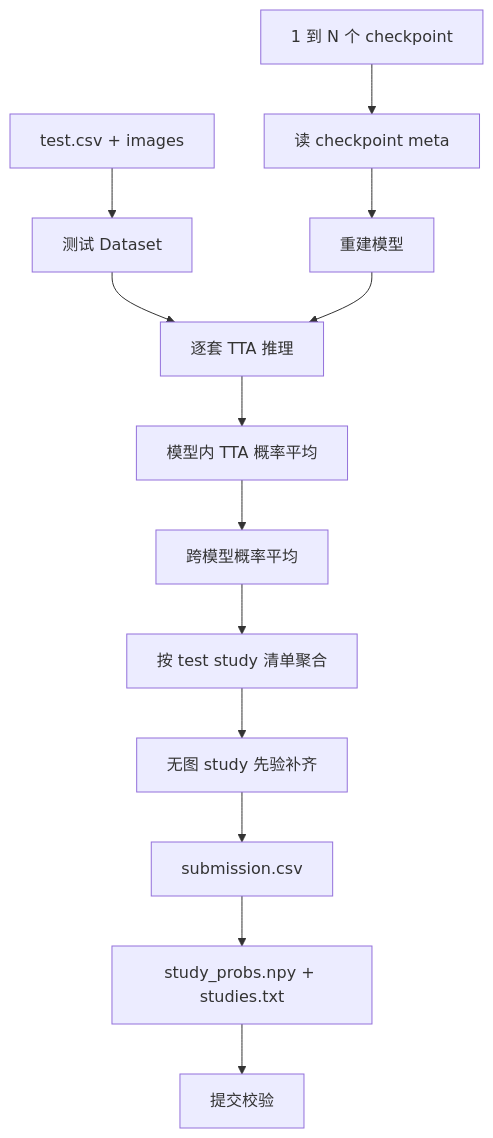
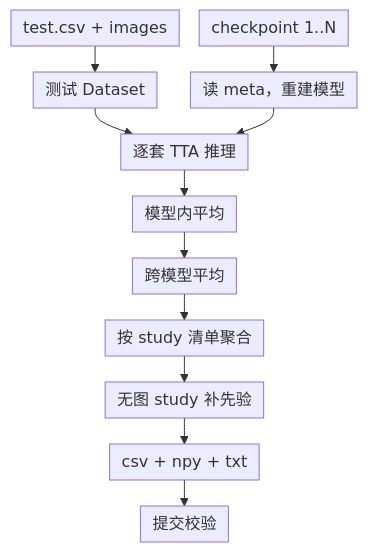
The eighth of 9 diagrams in src/content/posts/chest-smart-diagnosis.md (cixiy1/Yuki-blog), drawn with Mermaid before and after one commit. The commit also changed other lines of this file, not shown here.

First line of the commit message:
fix(posts): 架构图在深色模式下字太小发灰

````diff
--- a/src/content/posts/chest-smart-diagnosis.md
+++ b/src/content/posts/chest-smart-diagnosis.md
@@ -416,15 +401,14 @@
 ```mermaid
+%%{init: {"flowchart": {"nodeSpacing": 20, "rankSpacing": 26, "padding": 6, "wrappingWidth": 200}}}%%
 flowchart TD
-  Ckpt["1 到 N 个 checkpoint"] --> Meta["读 checkpoint meta"]
-  Meta --> Model["重建模型"]
+  Ckpt["checkpoint 1..N"] --> Model["读 meta，重建模型"]
   Test["test.csv + images"] --> Dataset["测试 Dataset"]
   Dataset --> TTA["逐套 TTA 推理"]
   Model --> TTA
-  TTA --> AvgTTA["模型内 TTA 概率平均"]
-  AvgTTA --> AvgModel["跨模型概率平均"]
-  AvgModel --> Aggregate["按 test study 清单聚合"]
-  Aggregate --> Prior["无图 study 先验补齐"]
-  Prior --> CSV["submission.csv"]
-  CSV --> Extra["study_probs.npy + studies.txt"]
-  Extra --> Validate["提交校验"]
+  TTA --> AvgTTA["模型内平均"]
+  AvgTTA --> AvgModel["跨模型平均"]
+  AvgModel --> Aggregate["按 study 清单聚合"]
+  Aggregate --> Prior["无图 study 补先验"]
+  Prior --> Out["csv + npy + txt"]
+  Out --> Validate["提交校验"]
 ```
````
